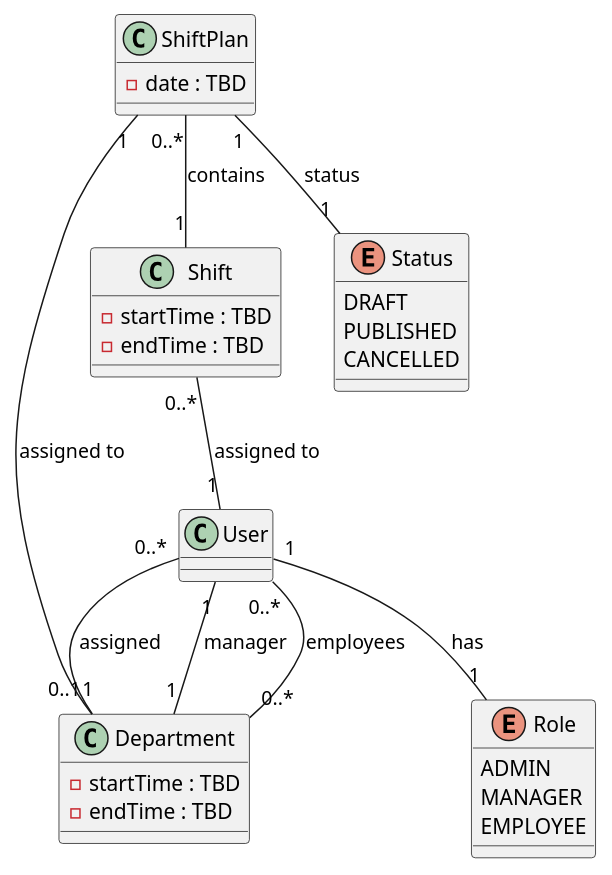
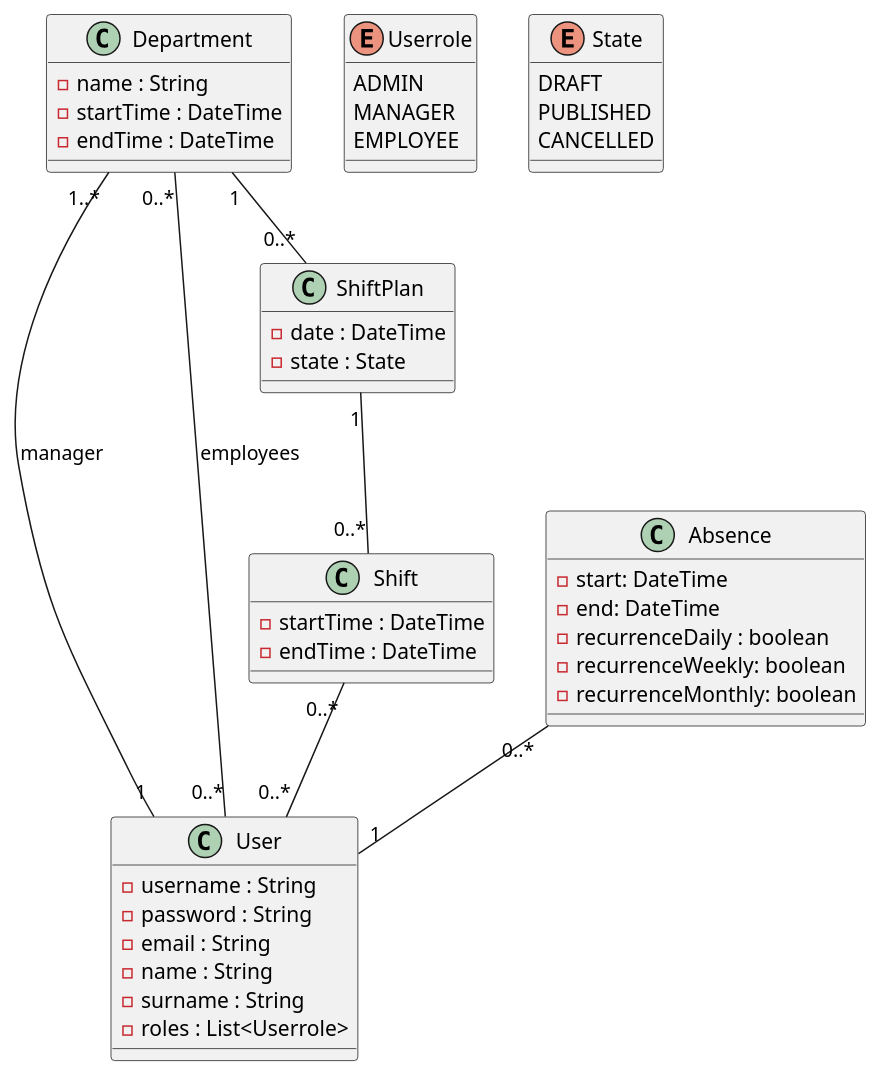
Before and after one commit to valiferst/shift_planner: the diagram in artefacts/domain-model.puml, drawn with PlantUML. The commit also changed 1 other file, not shown here.

Commit message:
updates PlantUML code and image-file according to the group-meeting decisions

```diff
--- a/artefacts/domain-model.puml
+++ b/artefacts/domain-model.puml
@@ -1,41 +1,57 @@
 @startuml
 ' Define classes
-class User {}
+class User {
+    - username : String
+    - password : String
+    - email : String
+    - name : String
+    - surname : String
+    - roles : List<Userrole>
+}
 
 class Department {
-  - startTime : TBD
-  - endTime : TBD
+  - name : String
+  - startTime : DateTime
+  - endTime : DateTime
+}
+
+class Absence {
+    - start: DateTime
+    - end: DateTime
+    - recurrenceDaily : boolean
+    - recurrenceWeekly: boolean
+    - recurrenceMonthly: boolean
 }
 
 class ShiftPlan {
-  - date : TBD
+  - date : DateTime
+  - state : State
 }
 
 class Shift {
-  - startTime : TBD
-  - endTime : TBD
+  - startTime : DateTime
+  - endTime : DateTime
 }
 
-enum Role {
+enum Userrole {
   ADMIN
   MANAGER
   EMPLOYEE
 }
 
-enum Status {
+enum State {
   DRAFT
   PUBLISHED
   CANCELLED
 }
 
 ' Define relationships
-User "0..*" -- "0..1" Department : assigned
-User "1" -- "1" Role : has
-Department "1" -- "1" User : manager
+Department "1..*" -- "1" User : manager
 Department "0..*" -- "0..*" User : employees
-ShiftPlan "1" -- "1" Department : assigned to
-ShiftPlan "0..*" -- "1" Shift : contains
-ShiftPlan "1" -- "1" Status : status
-Shift "0..*" -- "1" User : assigned to
+Department "1" -- "0..*" ShiftPlan
+ShiftPlan "1" -- "0..*" Shift
+Shift "0..*" -- "0..*" User
+Absence "0..*" -- "1" User
+
 
 @enduml
```
